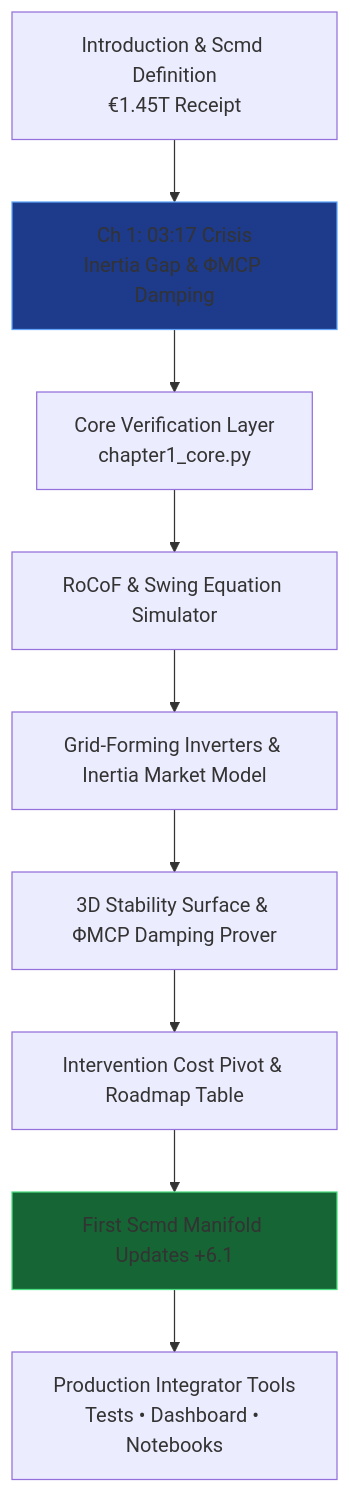
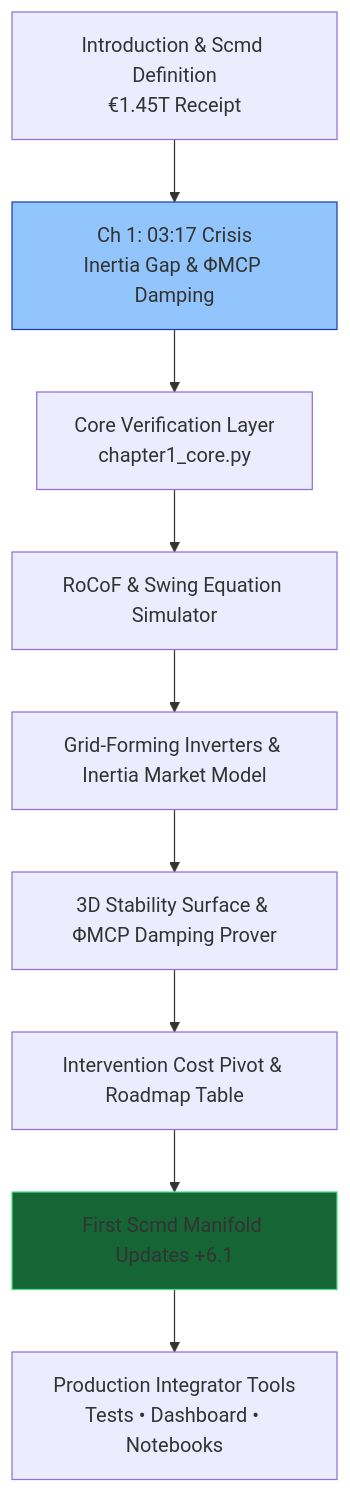
Before and after one commit to iceccarelli/Renewables_Migration_Chapter1_Proof_Engine: the third of 3 diagrams in README.md, drawn with Mermaid. The commit also changed other lines of this file, not shown here.

First line of the commit message:
Refactor README formatting and diagram styles

````diff
--- a/README.md
+++ b/README.md
@@ -81,14 +80,14 @@
 ```mermaid
 graph TD
     A[Introduction & Scmd Definition<br/>€1.45T Receipt] --> B[Ch 1: 03:17 Crisis<br/>Inertia Gap & ΦMCP Damping]
     B --> C[Core Verification Layer<br/>chapter1_core.py]
     C --> D[RoCoF & Swing Equation Simulator]
     D --> E[Grid-Forming Inverters & Inertia Market Model]
     E --> F[3D Stability Surface & ΦMCP Damping Prover]
     F --> G[Intervention Cost Pivot & Roadmap Table]
     G --> H[First Scmd Manifold Updates +6.1]
     H --> I[Production Integrator Tools<br/>Tests • Dashboard • Notebooks]
 
-    style B fill:#1e3a8a,stroke:#60a5fa
+    style B fill:#93c5fd,stroke:#1e40af
     style H fill:#166534,stroke:#4ade80
 ```
````
